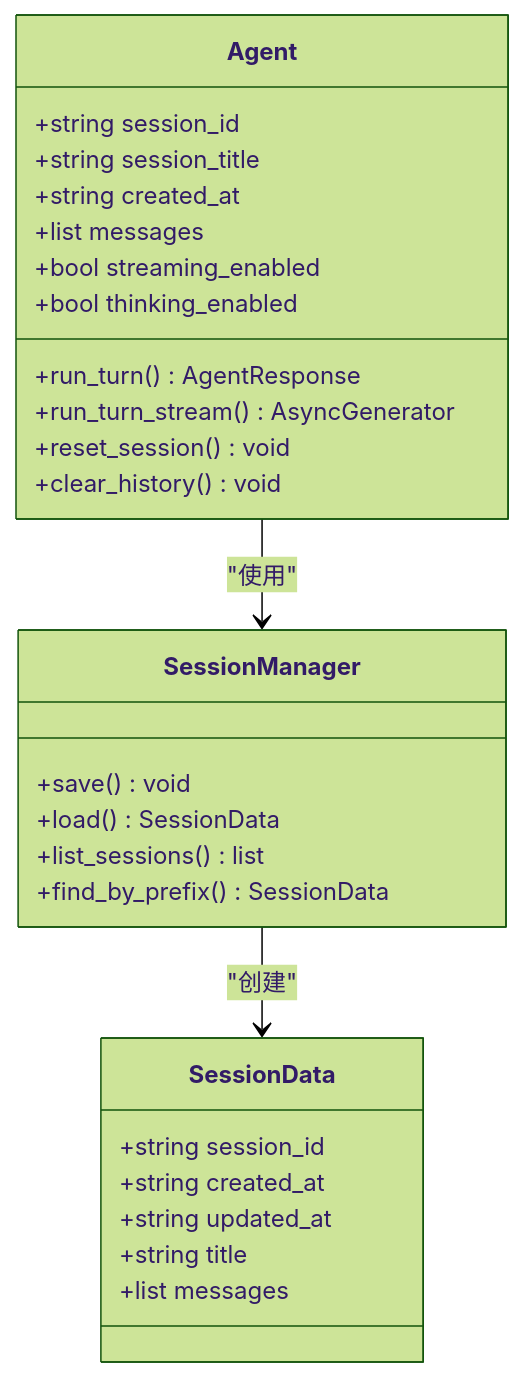
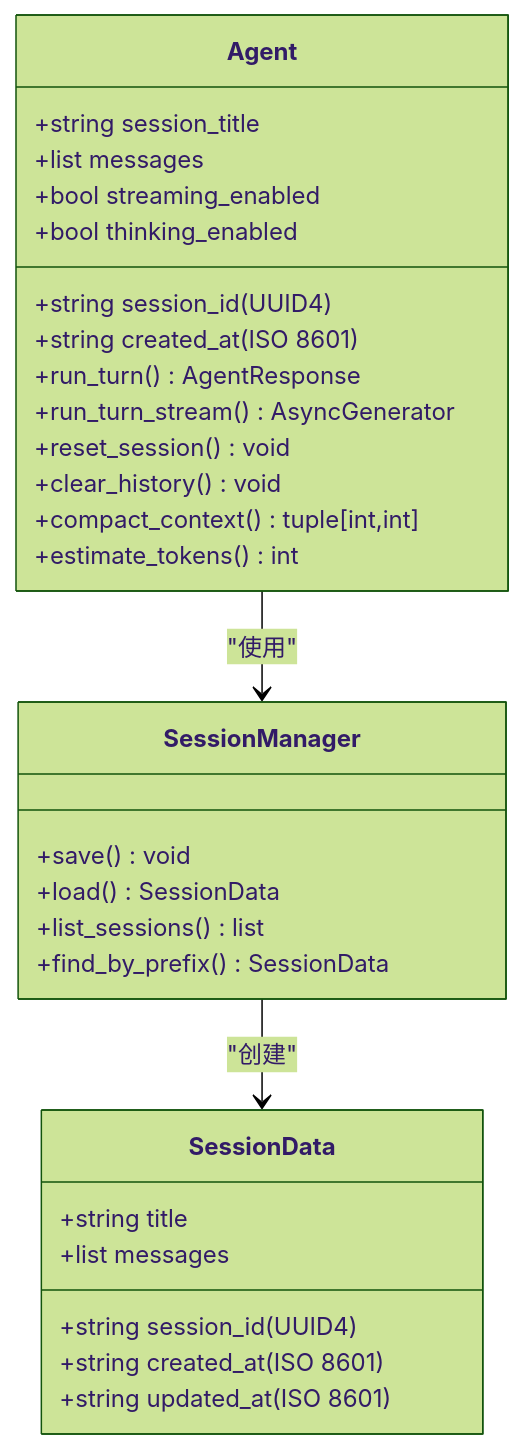
The seventh of 9 diagrams in .qoder/repowiki/zh/content/核心模块详解/会话持久化系统.md (250shiwo/MySmallAgent), drawn with Mermaid (forest theme) before and after one commit. The commit also changed other lines of this file and 41 other files, not shown here.

````diff
--- a/.qoder/repowiki/zh/content/核心模块详解/会话持久化系统.md
+++ b/.qoder/repowiki/zh/content/核心模块详解/会话持久化系统.md
@@ -249,30 +309,32 @@
 ```mermaid
 classDiagram
 class Agent {
-+string session_id
++string session_id (UUID4)
 +string session_title
-+string created_at
++string created_at (ISO 8601)
 +list messages
 +bool streaming_enabled
 +bool thinking_enabled
 +run_turn() AgentResponse
 +run_turn_stream() AsyncGenerator
 +reset_session() void
 +clear_history() void
++compact_context() tuple[int,int]
++estimate_tokens() int
 }
 class SessionManager {
 +save() void
 +load() SessionData
 +list_sessions() list
 +find_by_prefix() SessionData
 }
 class SessionData {
-+string session_id
-+string created_at
-+string updated_at
++string session_id (UUID4)
++string created_at (ISO 8601)
++string updated_at (ISO 8601)
 +string title
 +list messages
 }
 Agent --> SessionManager : "使用"
 SessionManager --> SessionData : "创建"
 ```
````
